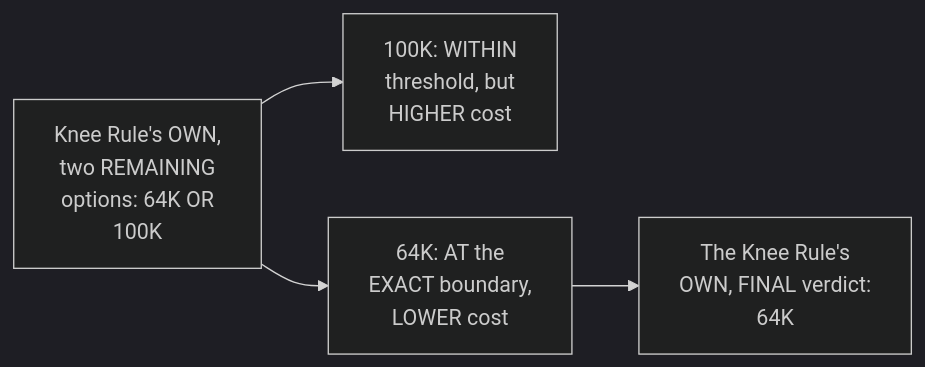
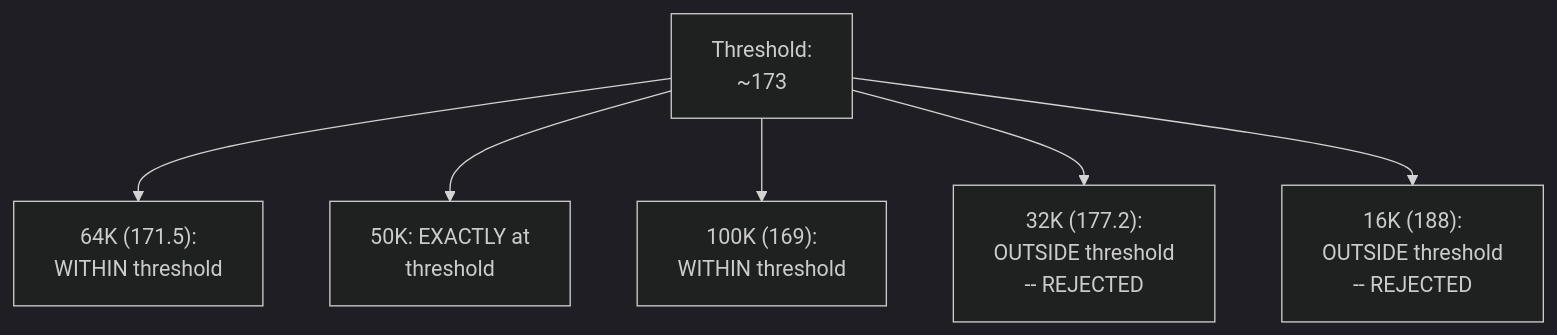
Before and after one commit to sanjeevpalla/Notes: the third of 27 diagrams in LLM Production AI Engineering/1. AI Foundations/2. Tokenization/4. Resolving the Vocabulary-Size Conflict.md, drawn with Mermaid (dark theme). The commit also changed other lines of this file and 7 other files, not shown here.

````diff
--- a/LLM Production AI Engineering/1. AI Foundations/2. Tokenization/4. Resolving the Vocabulary-Size Conflict.md
+++ b/LLM Production AI Engineering/1. AI Foundations/2. Tokenization/4. Resolving the Vocabulary-Size Conflict.md
@@ -116,6 +105,8 @@
 ```mermaid
-flowchart LR
-    A["Knee Rule's OWN,<br/>two REMAINING<br/>options: 64K OR<br/>100K"] --> B["100K: WITHIN<br/>threshold, but<br/>HIGHER cost"]
-    A --> C["64K: AT the<br/>EXACT boundary,<br/>LOWER cost"]
-    C --> D["The Knee Rule's<br/>OWN, FINAL verdict:<br/>64K"]
+flowchart TD
+    A["Threshold:<br/>~173"] --> B["64K (171.5):<br/>WITHIN threshold"]
+    A --> C["50K: EXACTLY at<br/>threshold"]
+    A --> D["100K (169):<br/>WITHIN threshold"]
+    A --> E["32K (177.2):<br/>OUTSIDE threshold<br/>-- REJECTED"]
+    A --> F["16K (188):<br/>OUTSIDE threshold<br/>-- REJECTED"]
 ```
````
